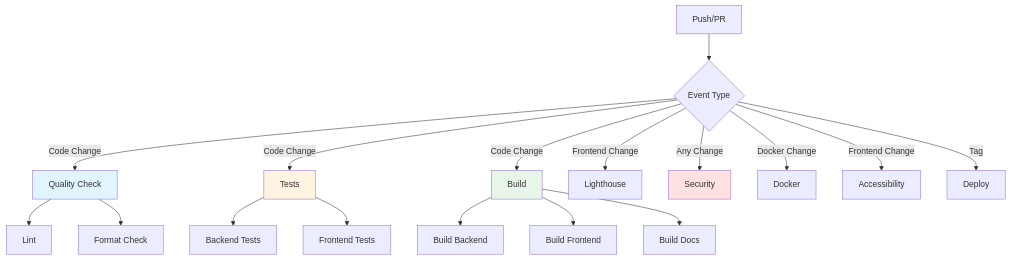
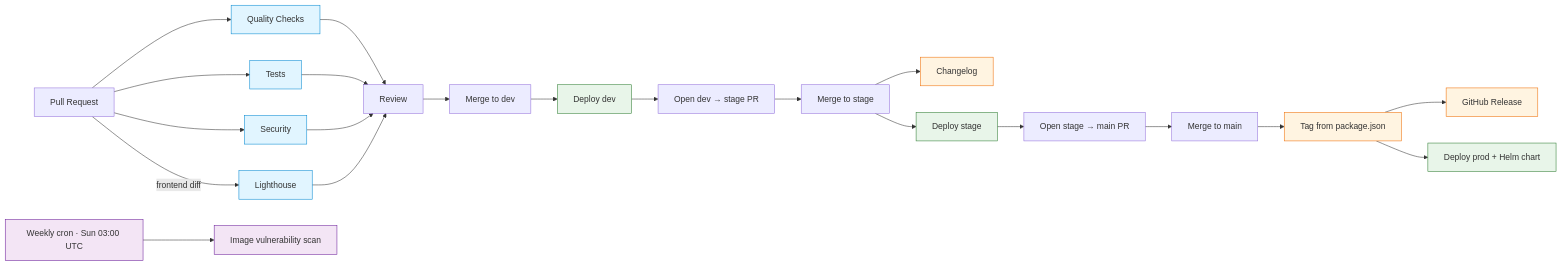
Before and after one commit to EPFL-ENAC/co2-calculator: the diagram in docs/src/architecture/cicd-workflows.md, drawn with Mermaid. The commit also changed other lines of this file and 1 other file, not shown here.

First line of the commit message:
docs(#860): C6 CI/CD workflows mermaid + condense (#1008)

````diff
--- a/docs/src/architecture/cicd-workflows.md
+++ b/docs/src/architecture/cicd-workflows.md
@@ -15,27 +22,33 @@
 ```mermaid
-graph TD
-    A[Push/PR] --> B{Event Type}
-    B -->|Code Change| C[Quality Check]
-    B -->|Code Change| D[Tests]
-    B -->|Code Change| E[Build]
-    B -->|Frontend Change| F[Lighthouse]
-    B -->|Any Change| G[Security]
-    B -->|Docker Change| H[Docker]
-    B -->|Frontend Change| I[Accessibility]
-    B -->|Tag| J[Deploy]
+flowchart LR
+    PR[Pull Request] --> Q[Quality Checks]
+    PR --> T[Tests]
+    PR --> S[Security]
+    PR -->|frontend diff| L[Lighthouse]
+    Q --> R[Review]
+    T --> R
+    S --> R
+    L --> R
+    R --> Mdev[Merge to dev]
+    Mdev --> Ddev[Deploy dev]
+    Ddev --> PRstage[Open dev → stage PR]
+    PRstage --> Mstage[Merge to stage]
+    Mstage --> CL[Changelog]
+    Mstage --> Dstage[Deploy stage]
+    Dstage --> PRmain[Open stage → main PR]
+    PRmain --> Mmain[Merge to main]
+    Mmain --> Tag[Tag from package.json]
+    Tag --> Release[GitHub Release]
+    Tag --> Dprod[Deploy prod + Helm chart]
 
-    C --> K[Lint]
-    C --> L[Format Check]
+    Cron[Weekly cron · Sun 03:00 UTC] --> Scan[Image vulnerability scan]
 
-    D --> M[Backend Tests]
-    D --> N[Frontend Tests]
-
-    E --> O[Build Backend]
-    E --> P[Build Frontend]
-    E --> Q[Build Docs]
-
-    style C fill:#e1f5ff
-    style D fill:#fff4e1
-    style E fill:#e8f5e9
-    style G fill:#ffe1e1
+    classDef ci fill:#e1f5ff,stroke:#0288d1
+    classDef deploy fill:#e8f5e9,stroke:#2e7d32
+    classDef release fill:#fff4e1,stroke:#ef6c00
+    classDef cron fill:#f3e5f5,stroke:#6a1b9a
+    class Q,T,S,L ci
+    class Ddev,Dstage,Dprod deploy
+    class CL,Tag,Release release
+    class Cron,Scan cron
 ```
````
